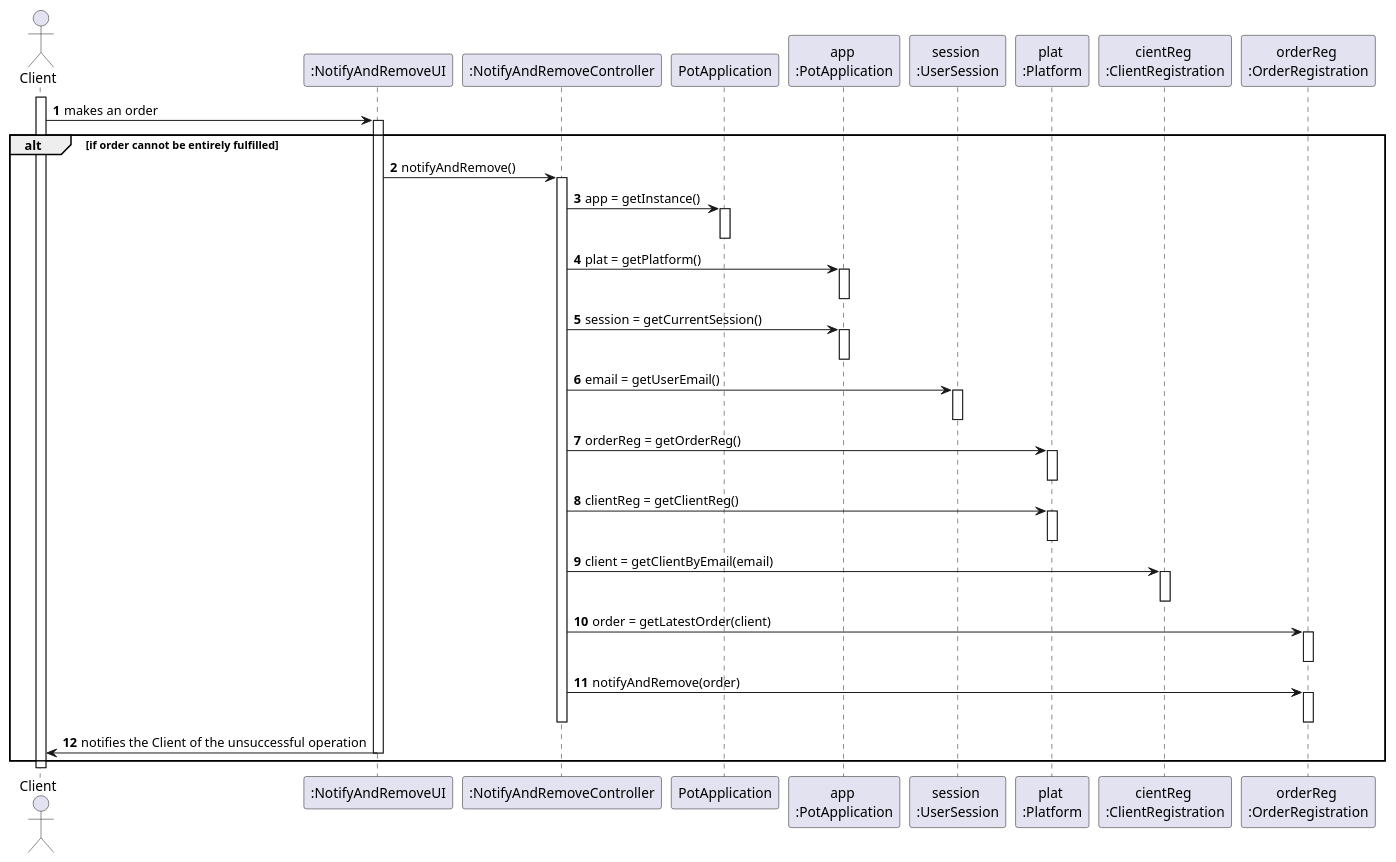
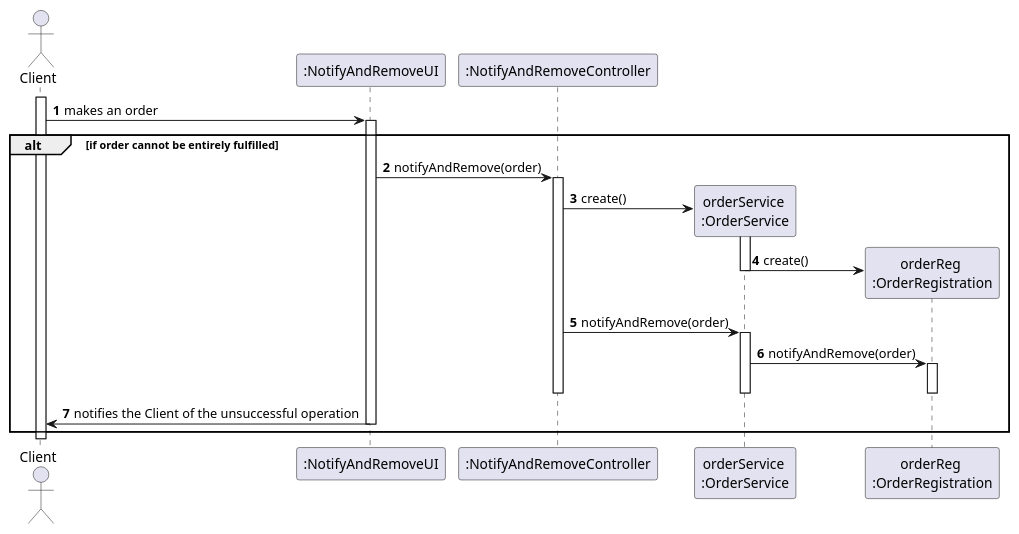
Before and after one commit to tiagoavcosta25/LAPR3: the diagram in docs/Iteration 3/Make An Order/Refinement/US74_NotifyAndRemove/US74_SD.puml, drawn with PlantUML. The commit also changed 2 other files, not shown here.

Commit message:
LAPR2AP2-74 #refining NotifyAndRemove [Analysis] LAPR2AP2-74 #refining NotifyAndRemove [Design]

```diff
--- a/docs/Iteration 3/Make An Order/Refinement/US74_NotifyAndRemove/US74_SD.puml
+++ b/docs/Iteration 3/Make An Order/Refinement/US74_NotifyAndRemove/US74_SD.puml
@@ -1,59 +1,36 @@
 @startuml
 autonumber
 actor "Client" as Client
 
 participant ":NotifyAndRemoveUI" as UI
 participant ":NotifyAndRemoveController" as CTRL
-participant "PotApplication" as PA
-participant "app \n:PotApplication" as APA
-participant "session \n:UserSession" as US
-participant "plat \n:Platform" as PLAT
-participant "cientReg \n:ClientRegistration" as CR
+participant "orderService \n:OrderService" as ORDERSV
 participant "orderReg \n:OrderRegistration" as RF
 
 
 activate Client
 
 Client -> UI : makes an order
 alt if order cannot be entirely fulfilled
 activate UI
-UI -> CTRL : notifyAndRemove()
+UI -> CTRL : notifyAndRemove(order)
 activate CTRL
-CTRL -> PA : app = getInstance()
-activate PA
-deactivate PA
-CTRL -> APA : plat = getPlatform()
-activate APA
-deactivate APA
-
-CTRL -> APA: session = getCurrentSession()
-activate APA
-deactivate APA
-
-CTRL -> US: email = getUserEmail()
-activate US
-deactivate US
-CTRL -> PLAT : orderReg = getOrderReg()
-activate PLAT
-deactivate PLAT
-CTRL -> PLAT : clientReg = getClientReg()
-activate PLAT
-deactivate PLAT
-CTRL -> CR : client = getClientByEmail(email)
-activate CR
-deactivate CR
-CTRL -> RF : order = getLatestOrder(client)
+CTRL -> ORDERSV** :create()
+activate ORDERSV
+ORDERSV -> RF** : create()
+deactivate ORDERSV
+CTRL -> ORDERSV : notifyAndRemove(order)
+activate ORDERSV
+ORDERSV -> RF : notifyAndRemove(order)
 activate RF
-deactivate RF
-CTRL -> RF : notifyAndRemove(order)
-activate RF
+deactivate ORDERSV
 deactivate RF
 deactivate CTRL
 
 
 UI -> Client : notifies the Client of the unsuccessful operation
 deactivate UI
 end
 deactivate Client
 
 @enduml
```
